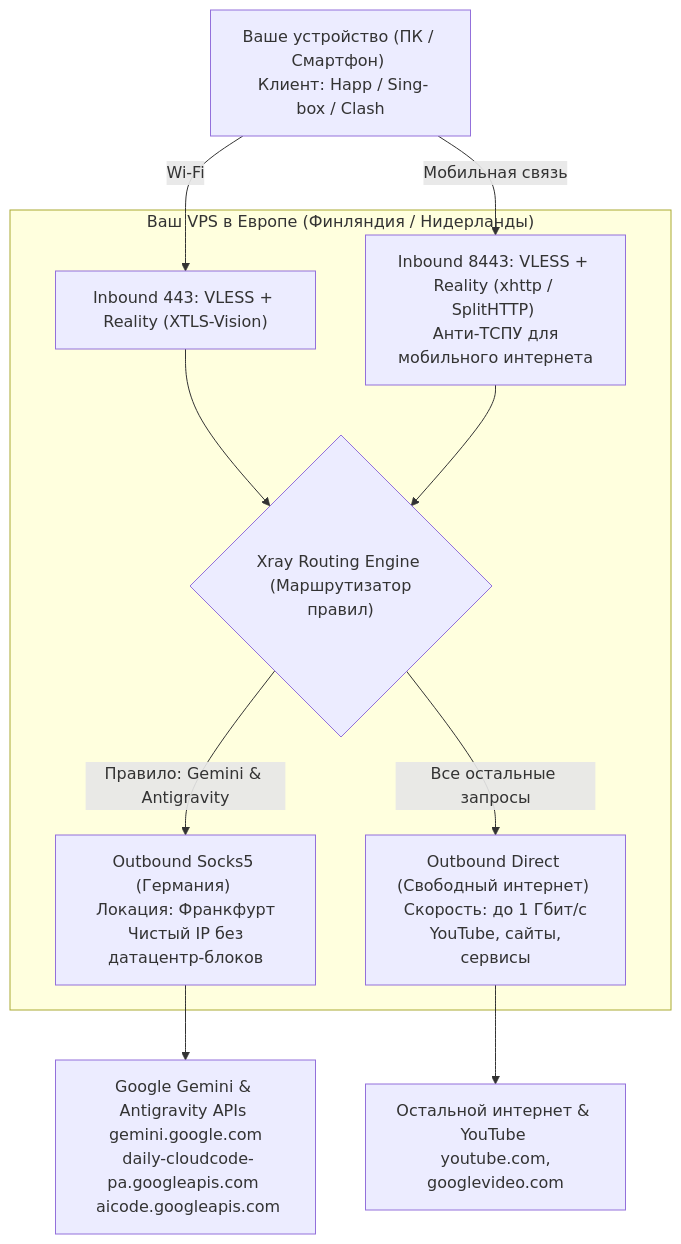
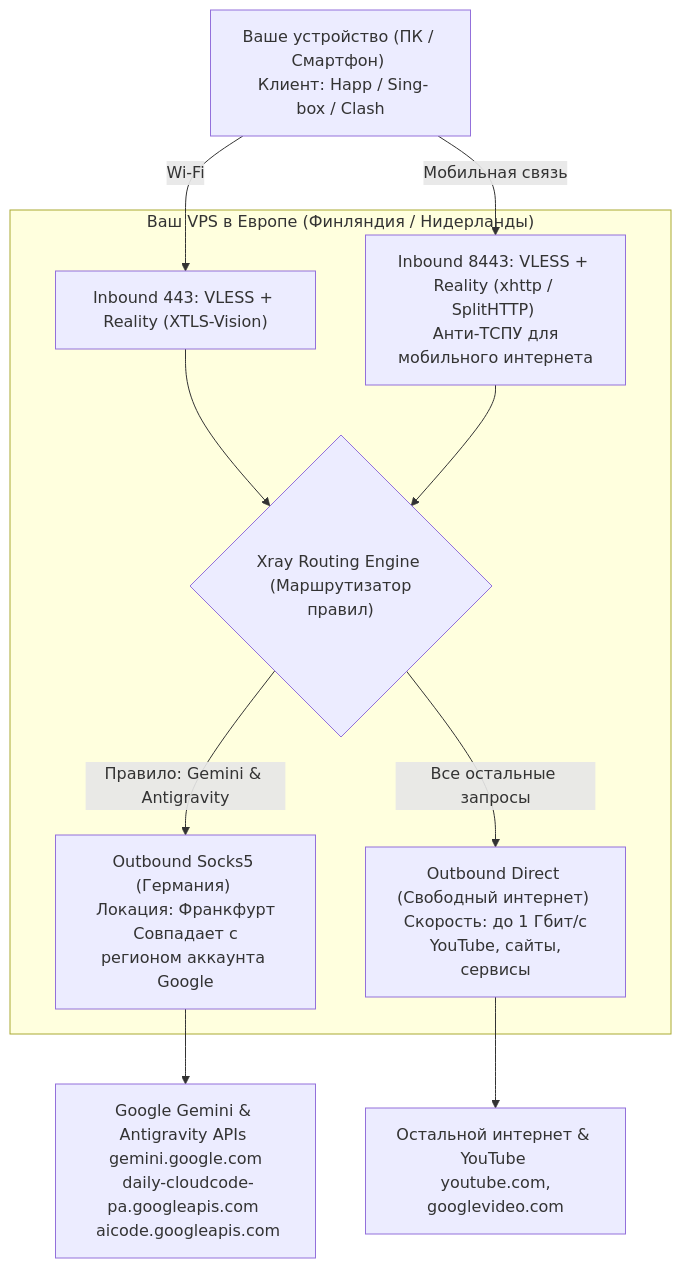
One commit to Wasyliy/gemini-antigravity-bypass-guide changed the diagram in README.md. Above: the diagram before and after it, drawn with Mermaid. The commit also changed other lines of this file, not shown here.

````diff
--- a/README.md
+++ b/README.md
@@ -11,29 +12,29 @@
 ```mermaid
 flowchart TD
     Client["Ваше устройство (ПК / Смартфон) \n Клиент: Happ / Sing-box / Clash"]
     
     subgraph VPS ["Ваш VPS в Европе (Финляндия / Нидерланды)"]
         Inbound443["Inbound 443: VLESS + Reality (XTLS-Vision)"]
         Inbound8443["Inbound 8443: VLESS + Reality (xhttp / SplitHTTP) \n Анти-ТСПУ для мобильного интернета"]
         
         Router{"Xray Routing Engine \n (Маршрутизатор правил)"}
         
         OutboundDirect["Outbound Direct (Свободный интернет) \n Скорость: до 1 Гбит/с \n YouTube, сайты, сервисы"]
-        OutboundProxy["Outbound Socks5 (Германия) \n Локация: Франкфурт \n Чистый IP без датацентр-блоков"]
+        OutboundProxy["Outbound Socks5 (Германия) \n Локация: Франкфурт \n Совпадает с регионом аккаунта Google"]
     end
     
     GeminiTarget["Google Gemini & Antigravity APIs \n gemini.google.com \n daily-cloudcode-pa.googleapis.com \n aicode.googleapis.com"]
     InternetTarget["Остальной интернет & YouTube \n youtube.com, googlevideo.com"]
     
     Client -->|Wi-Fi| Inbound443
     Client -->|Мобильная связь| Inbound8443
     
     Inbound443 --> Router
     Inbound8443 --> Router
     
     Router -->|Правило: Gemini & Antigravity| OutboundProxy
     Router -->|Все остальные запросы| OutboundDirect
     
     OutboundProxy --> GeminiTarget
     OutboundDirect --> InternetTarget
 ```
````
